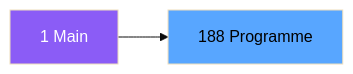
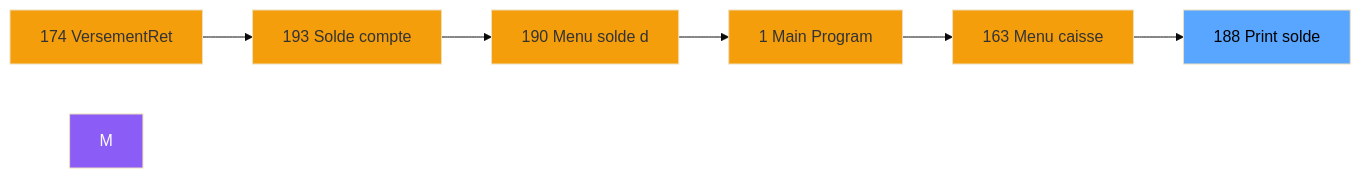
Before and after one commit to thonyAGP/magic-migration: the second of 3 diagrams in .openspec/specs/ADH-IDE-188.md, drawn with Mermaid (base theme). The commit also changed other lines of this file and 323 other files, not shown here.

````diff
--- a/.openspec/specs/ADH-IDE-188.md
+++ b/.openspec/specs/ADH-IDE-188.md
@@ -102,8 +116,21 @@
 ```mermaid
 graph LR
-    M[1 Main]
-    T[188 Programme]
-    M --> T
+    N174[174 VersementRet]
+    N193[193 Solde compte]
+    N190[190 Menu solde d]
+    N1[1 Main Program]
+    N163[163 Menu caisse ]
+    T[188 Print solde ]
+    N174 --> N193
+    N193 --> N190
+    N190 --> N1
+    N1 --> N163
+    N163 --> T
     style M fill:#8b5cf6,color:#fff
+    style N174 fill:#f59e0b
+    style N193 fill:#f59e0b
+    style N190 fill:#f59e0b
+    style N1 fill:#f59e0b
+    style N163 fill:#f59e0b
     style T fill:#58a6ff,color:#000
 ```
````
